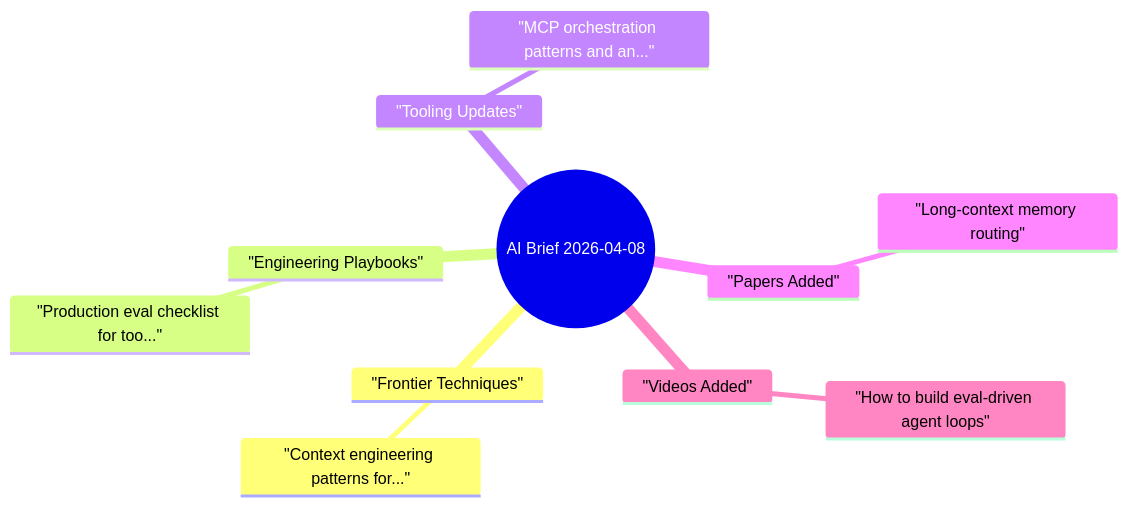
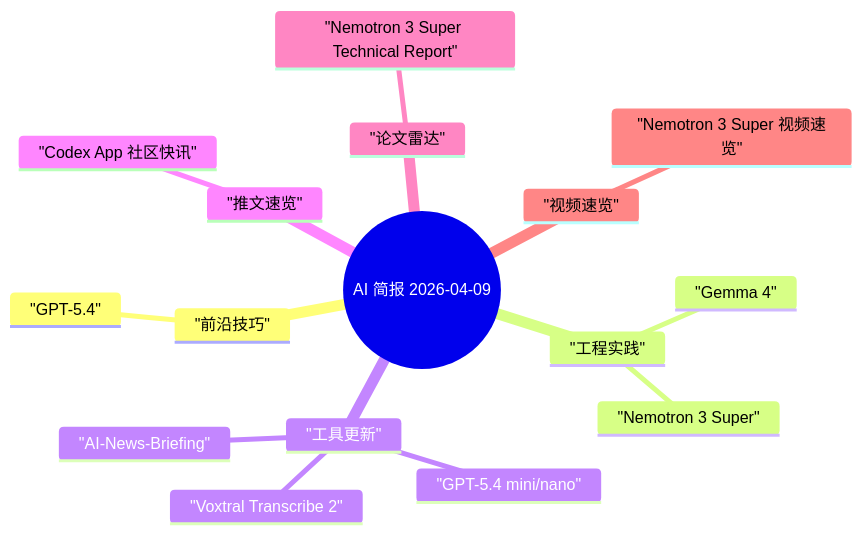
Before and after one commit to haoran3160-afk/pkm_obsidian_workflow: the diagram in docs/sample_outputs/ai-daily-brief-sample.md, drawn with Mermaid. The commit also changed other lines of this file and 6 other files, not shown here.

````diff
--- a/docs/sample_outputs/ai-daily-brief-sample.md
+++ b/docs/sample_outputs/ai-daily-brief-sample.md
@@ -55,14 +128,19 @@
 ```mermaid
 mindmap
-  root(("AI Brief 2026-04-08"))
-    "Frontier Techniques"
-      "Context engineering patterns for..."
-    "Engineering Playbooks"
-      "Production eval checklist for too..."
-    "Tooling Updates"
-      "MCP orchestration patterns and an..."
-    "Papers Added"
-      "Long-context memory routing"
-    "Videos Added"
-      "How to build eval-driven agent loops"
+  root(("AI 简报 2026-04-09"))
+    "前沿技巧"
+      "GPT-5.4"
+    "工程实践"
+      "Gemma 4"
+      "Nemotron 3 Super"
+    "工具更新"
+      "GPT-5.4 mini/nano"
+      "Voxtral Transcribe 2"
+      "AI-News-Briefing"
+    "推文速览"
+      "Codex App 社区快讯"
+    "论文雷达"
+      "Nemotron 3 Super Technical Report"
+    "视频速览"
+      "Nemotron 3 Super 视频速览"
 ```
````
